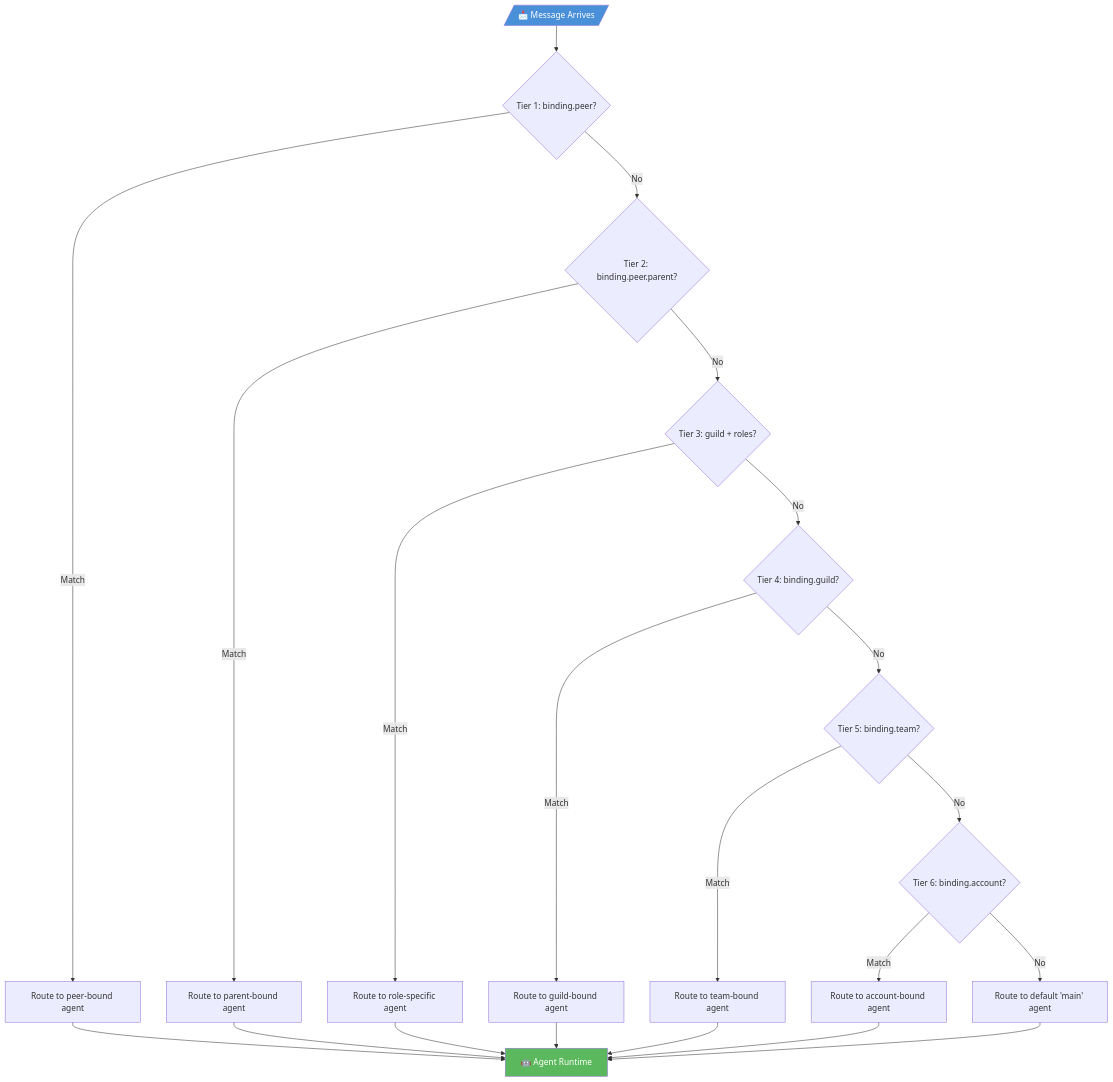
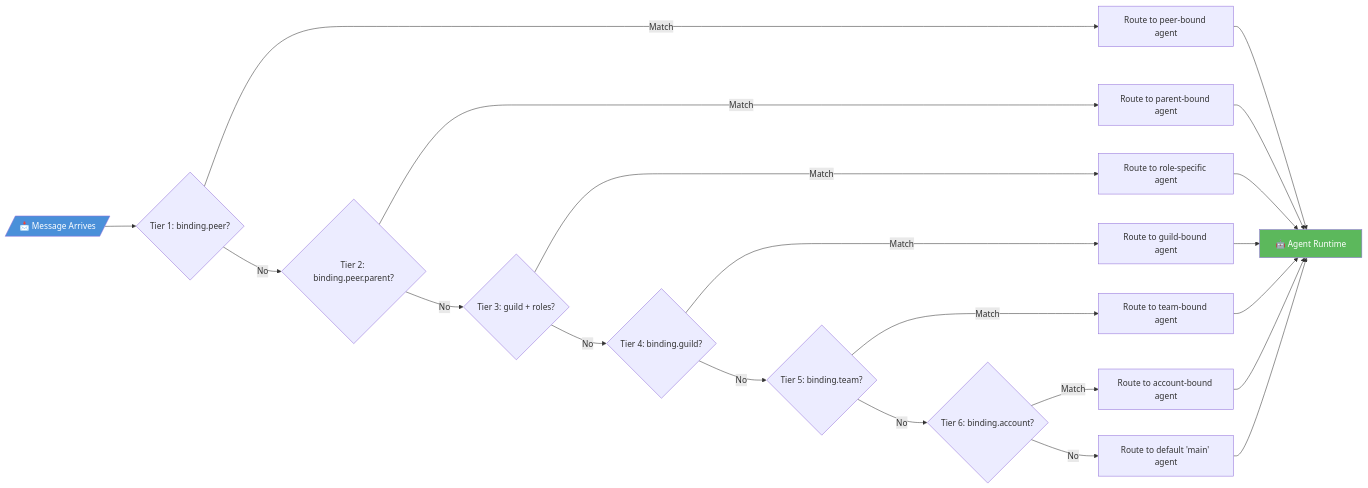
The fourth of 13 diagrams in open_claw/presentation/OpenClaw_Architecture_Diagrams.md (dvduongth/research_doc), drawn with Mermaid before and after one commit. The commit also changed other lines of this file and 3 other files, not shown here.

````diff
--- a/open_claw/presentation/OpenClaw_Architecture_Diagrams.md
+++ b/open_claw/presentation/OpenClaw_Architecture_Diagrams.md
@@ -128,21 +128,21 @@
 ```mermaid
-flowchart TD
+flowchart LR
     MSG[/"📩 Message Arrives"/] --> T1{Tier 1: binding.peer?}
     T1 -->|Match| A1["Route to peer-bound agent"]
     T1 -->|No| T2{Tier 2: binding.peer.parent?}
     T2 -->|Match| A2["Route to parent-bound agent"]
     T2 -->|No| T3{Tier 3: guild + roles?}
     T3 -->|Match| A3["Route to role-specific agent"]
     T3 -->|No| T4{Tier 4: binding.guild?}
     T4 -->|Match| A4["Route to guild-bound agent"]
     T4 -->|No| T5{Tier 5: binding.team?}
     T5 -->|Match| A5["Route to team-bound agent"]
     T5 -->|No| T6{Tier 6: binding.account?}
     T6 -->|Match| A6["Route to account-bound agent"]
     T6 -->|No| A7["Route to default 'main' agent"]
 
     A1 & A2 & A3 & A4 & A5 & A6 & A7 --> AGENT["🤖 Agent Runtime"]
 
     style MSG fill:#4A90D9,color:#fff
     style AGENT fill:#5CB85C,color:#fff
 ```
````
